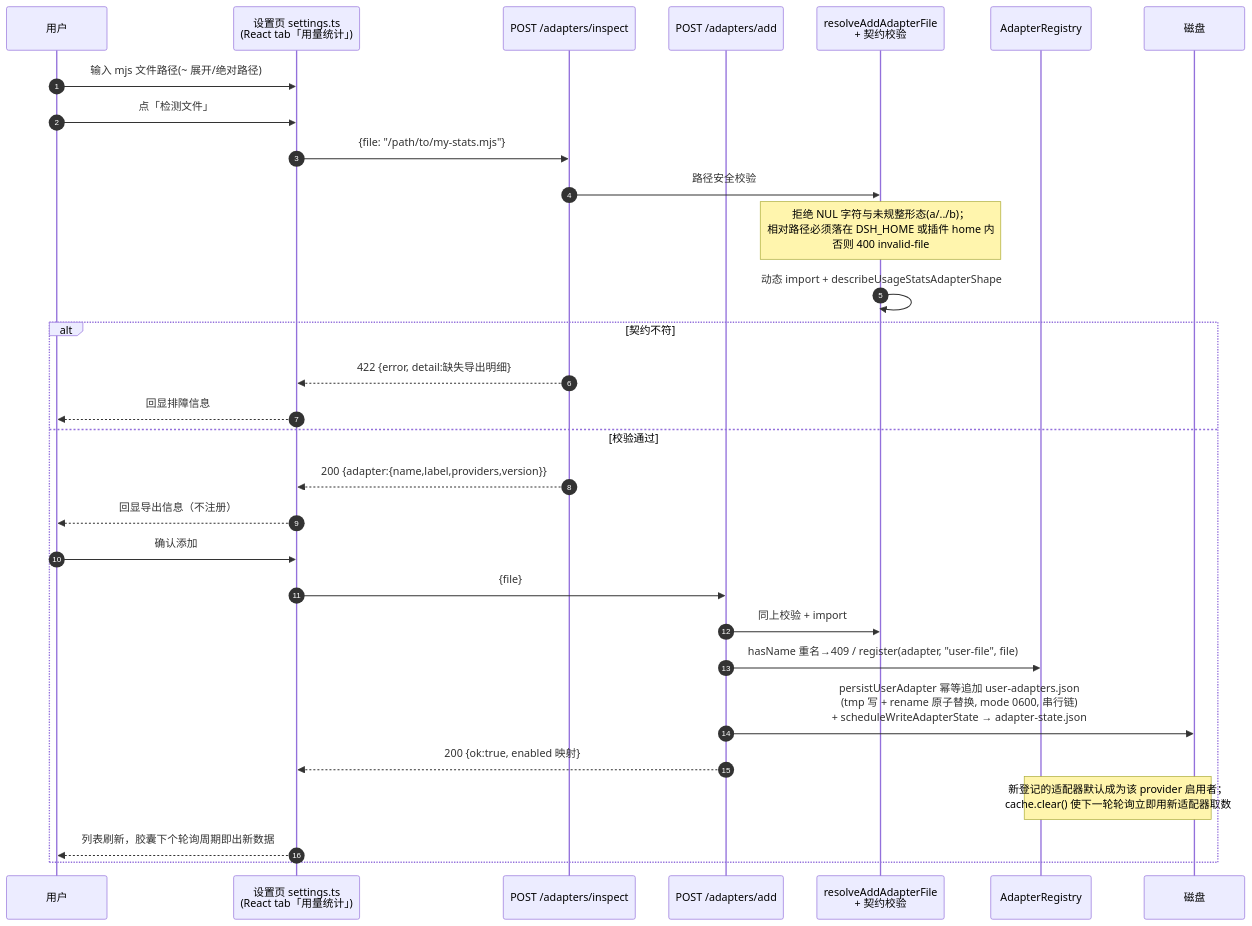
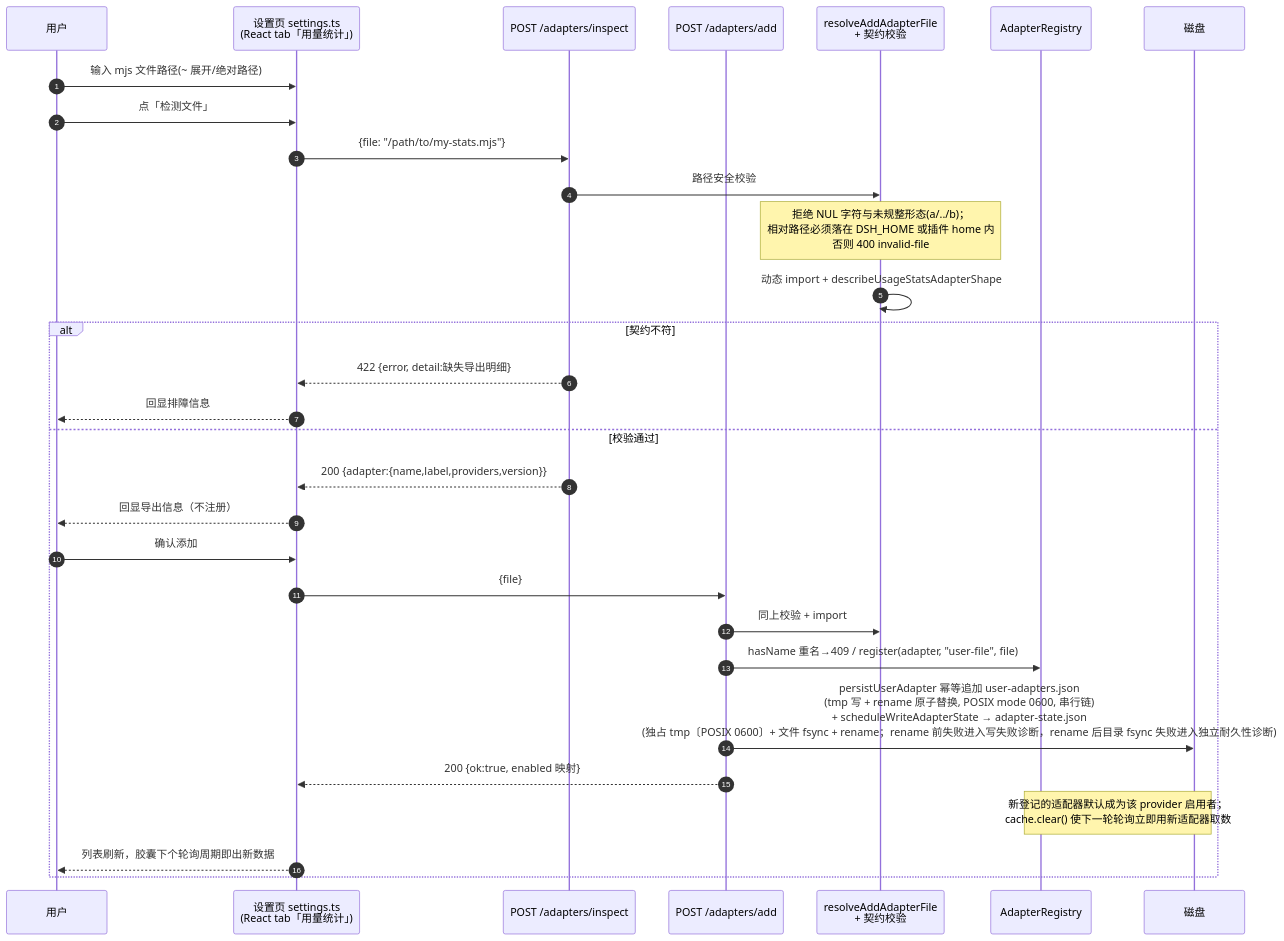
One commit to wingsky-1/dsh-plugin-hub changed the sixth of 10 diagrams in packages/dsh-provider-usage/docs/architecture.md. Above: the diagram before and after it, drawn with Mermaid. The commit also changed other lines of this file and 7 other files, not shown here.

````diff
--- a/packages/dsh-provider-usage/docs/architecture.md
+++ b/packages/dsh-provider-usage/docs/architecture.md
@@ -224,33 +224,33 @@
 ```mermaid
 sequenceDiagram
     autonumber
     participant U as 用户
     participant SP as 设置页 settings.ts<br/>(React tab「用量统计」)
     participant IR as POST /adapters/inspect
     participant AR as POST /adapters/add
     participant V as resolveAddAdapterFile<br/>+ 契约校验
     participant RG as AdapterRegistry
     participant D as 磁盘
 
     U->>SP: 输入 mjs 文件路径(~ 展开/绝对路径)
     U->>SP: 点「检测文件」
     SP->>IR: {file: "/path/to/my-stats.mjs"}
     IR->>V: 路径安全校验
     Note over V: 拒绝 NUL 字符与未规整形态(a/../b)；<br/>相对路径必须落在 DSH_HOME 或插件 home 内<br/>否则 400 invalid-file
     V->>V: 动态 import + describeUsageStatsAdapterShape
     alt 契约不符
         IR-->>SP: 422 {error, detail:缺失导出明细}
         SP-->>U: 回显排障信息
     else 校验通过
         IR-->>SP: 200 {adapter:{name,label,providers,version}}
         SP-->>U: 回显导出信息（不注册）
         U->>SP: 确认添加
         SP->>AR: {file}
         AR->>V: 同上校验 + import
         AR->>RG: hasName 重名→409 / register(adapter, "user-file", file)
-        AR->>D: persistUserAdapter 幂等追加 user-adapters.json<br/>(tmp 写 + rename 原子替换, mode 0600, 串行链)<br/>+ scheduleWriteAdapterState → adapter-state.json
+        AR->>D: persistUserAdapter 幂等追加 user-adapters.json<br/>(tmp 写 + rename 原子替换, POSIX mode 0600, 串行链)<br/>+ scheduleWriteAdapterState → adapter-state.json<br/>(独占 tmp〔POSIX 0600〕+ 文件 fsync + rename；rename 前失败进入写失败诊断，rename 后目录 fsync 失败进入独立耐久性诊断)
         AR-->>SP: 200 {ok:true, enabled 映射}
         Note over RG,D: 新登记的适配器默认成为该 provider 启用者；<br/>cache.clear() 使下一轮轮询立即用新适配器取数
         SP-->>U: 列表刷新，胶囊下个轮询周期即出新数据
     end
 ```
````
